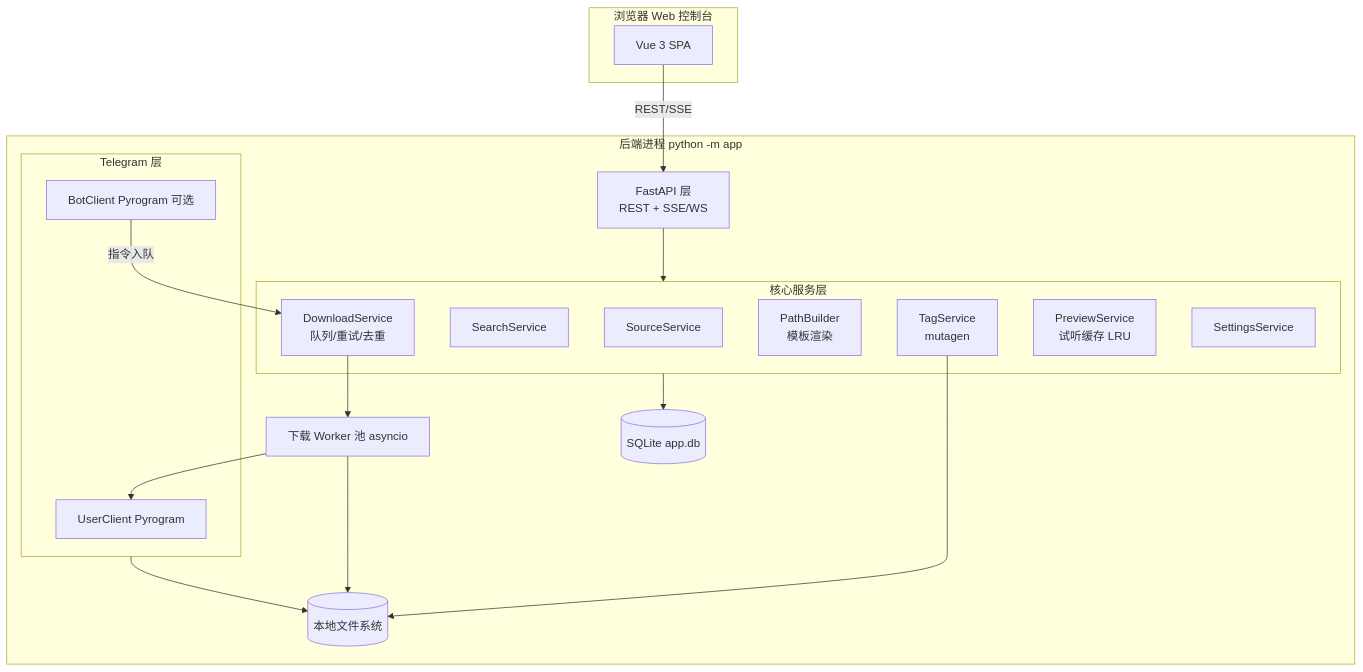
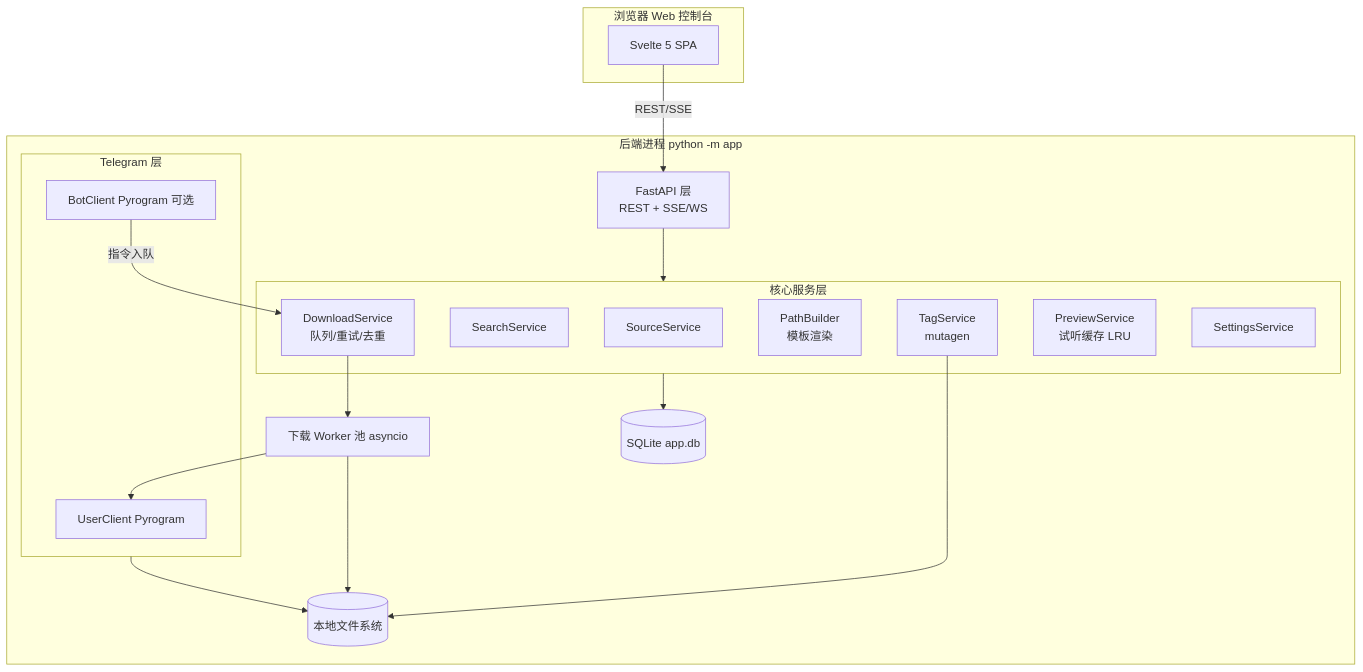
Before and after one commit to Kato358/telgram_musicdown: the diagram in docs/软件开发文档.md, drawn with Mermaid. The commit also changed other lines of this file and 3 other files, not shown here.

````diff
--- a/docs/软件开发文档.md
+++ b/docs/软件开发文档.md
@@ -21,34 +21,34 @@
 ```mermaid
 flowchart TB
     subgraph Browser[浏览器 Web 控制台]
-        UI[Vue 3 SPA]
+        UI[Svelte 5 SPA]
     end
     subgraph App[后端进程 python -m app]
         API[FastAPI 层\nREST + SSE/WS]
         subgraph Core[核心服务层]
             SVC_SRC[SourceService]
             SVC_SEARCH[SearchService]
             SVC_DL[DownloadService\n队列/重试/去重]
             SVC_NAME[PathBuilder\n模板渲染]
             SVC_META[TagService\nmutagen]
             SVC_PLAY[PreviewService\n试听缓存 LRU]
             SVC_CFG[SettingsService]
         end
         subgraph TG[Telegram 层]
             UC[UserClient Pyrogram]
             BC[BotClient Pyrogram 可选]
         end
         WORKER[下载 Worker 池 asyncio]
         DB[(SQLite app.db)]
         FS[(本地文件系统)]
     end
     UI -->|REST/SSE| API
     API --> Core
     SVC_DL --> WORKER
     WORKER --> UC
     BC -->|指令入队| SVC_DL
     WORKER --> FS
     SVC_META --> FS
     Core --> DB
     TG --> FS
 ```
````
